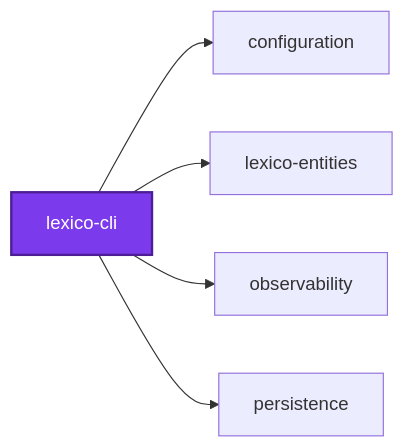
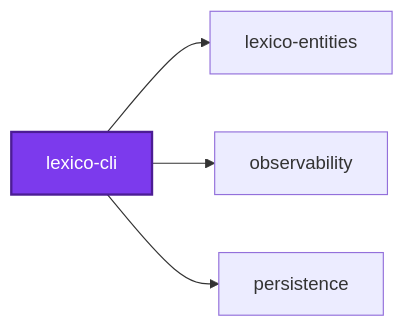
One commit to organizzolini/codebase changed the first of 3 diagrams in projects/lexico/lexico-cli/README.md. Above: the diagram before and after it, drawn with Mermaid. The commit also changed other lines of this file and 67 other files, not shown here.

````diff
--- a/projects/lexico/lexico-cli/README.md
+++ b/projects/lexico/lexico-cli/README.md
@@ -855,14 +855,12 @@
 ```mermaid
 graph LR
-  configuration["configuration"]
   lexico_cli["lexico-cli"]
   lexico_entities["lexico-entities"]
   observability["observability"]
   persistence["persistence"]
-  lexico_cli --> configuration
   lexico_cli --> lexico_entities
   lexico_cli --> observability
   lexico_cli --> persistence
   classDef subject fill:#7c3aed,color:#fff,stroke:#4c1d95,stroke-width:2px
   class lexico_cli subject
 ```
````
